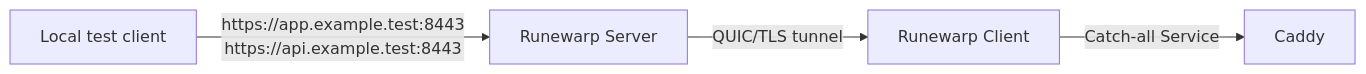
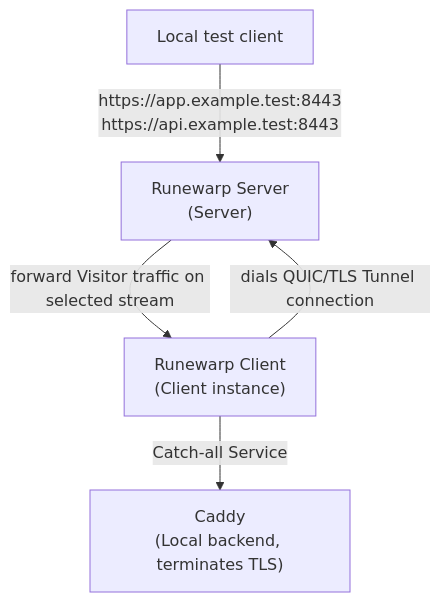
The diagram in examples/docker/README.md (runewarp/runewarp), drawn with Mermaid before and after one commit. The commit also changed 2 other files, not shown here.

Commit message:
Refresh architecture diagrams (#91)
## Summary
- add a short architecture section to the top-level README with a
vertical Mermaid diagram
- update the architecture guide with a richer vertical diagram that
shows the Server's public and tunnel listeners
- refresh the Docker example topology diagram to match the same readable
vertical shape

## Testing
- documentation-only change

````diff
--- a/examples/docker/README.md
+++ b/examples/docker/README.md
@@ -14,6 +14,12 @@
 ```mermaid
-flowchart LR
-    V[Local test client] -->|"https://app.example.test:8443<br/>https://api.example.test:8443"| S[Runewarp Server]
-    S -->|"QUIC/TLS tunnel"| C[Runewarp Client]
-    C -->|"Catch-all Service"| B[Caddy]
+flowchart TD
+    V["Local test client"]
+    S["Runewarp Server<br/>(Server)"]
+    C["Runewarp Client<br/>(Client instance)"]
+    B["Caddy<br/>(Local backend, terminates TLS)"]
+
+    V -->|"https://app.example.test:8443<br/>https://api.example.test:8443"| S
+    C -->|"dials QUIC/TLS Tunnel connection"| S
+    S -->|"forward Visitor traffic on selected stream"| C
+    C -->|"Catch-all Service"| B
 ```
````
